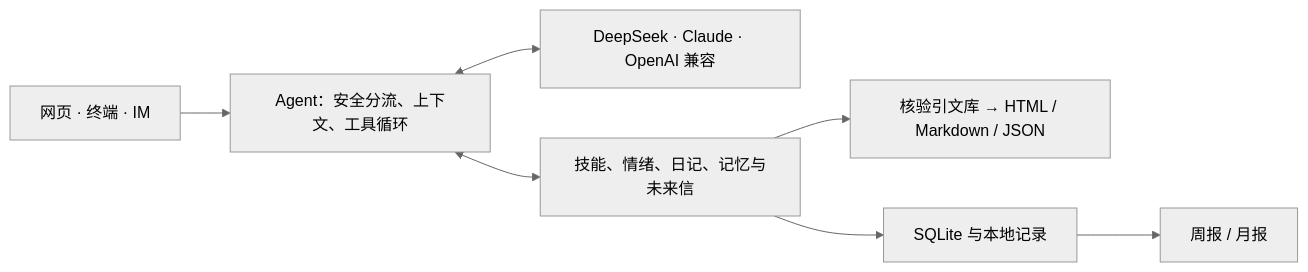
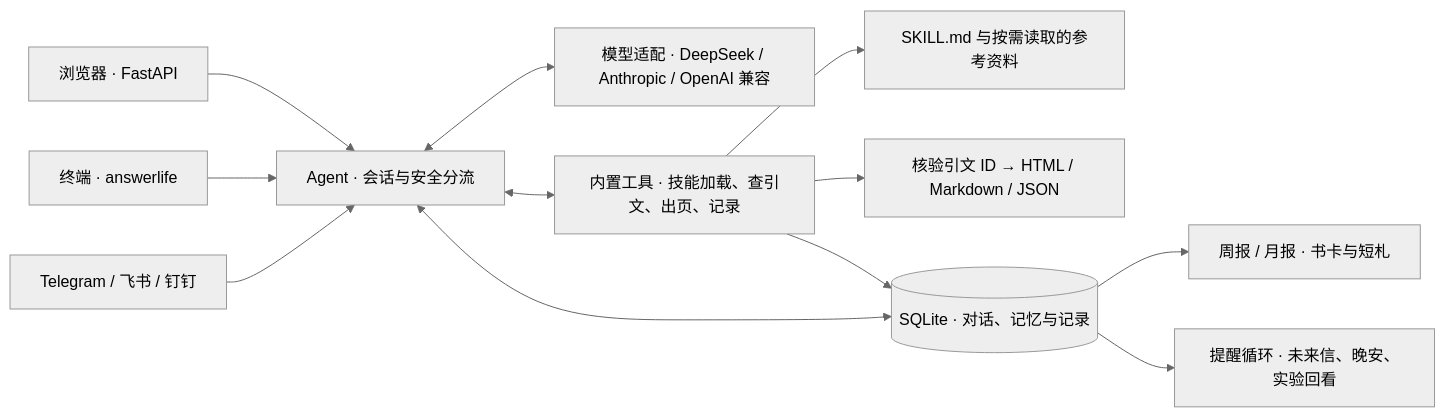
Before and after one commit to wangluting0126-hue/Answer-life: the diagram in README.md, drawn with Mermaid (neutral theme). The commit also changed other lines of this file and 9 other files, not shown here.

Commit message:
docs: show the browser demo and explain the agent architecture

````diff
--- a/README.md
+++ b/README.md
@@ -38,9 +86,14 @@
 ```mermaid
 flowchart LR
-    Entry["网页 · 终端 · IM"] --> Agent["Agent：安全分流、上下文、工具循环"]
-    Agent <--> Model["DeepSeek · Claude · OpenAI 兼容"]
-    Agent <--> Tools["技能、情绪、日记、记忆与未来信"]
-    Tools --> Book["核验引文库 → HTML / Markdown / JSON"]
-    Tools --> Store["SQLite 与本地记录"]
-    Store --> Review["周报 / 月报"]
+    Web["浏览器 · FastAPI"] --> Agent["Agent · 会话与安全分流"]
+    CLI["终端 · answerlife"] --> Agent
+    IM["Telegram / 飞书 / 钉钉"] --> Agent
+    Agent <--> Model["模型适配 · DeepSeek / Anthropic / OpenAI 兼容"]
+    Agent <--> Tools["内置工具 · 技能加载、查引文、出页、记录"]
+    Tools --> Skills["SKILL.md 与按需读取的参考资料"]
+    Tools --> Renderer["核验引文 ID → HTML / Markdown / JSON"]
+    Agent <--> DB[("SQLite · 对话、记忆与记录")]
+    Tools --> DB
+    DB --> Review["周报 / 月报 · 书卡与短札"]
+    DB --> Routine["提醒循环 · 未来信、晚安、实验回看"]
 ```
````
